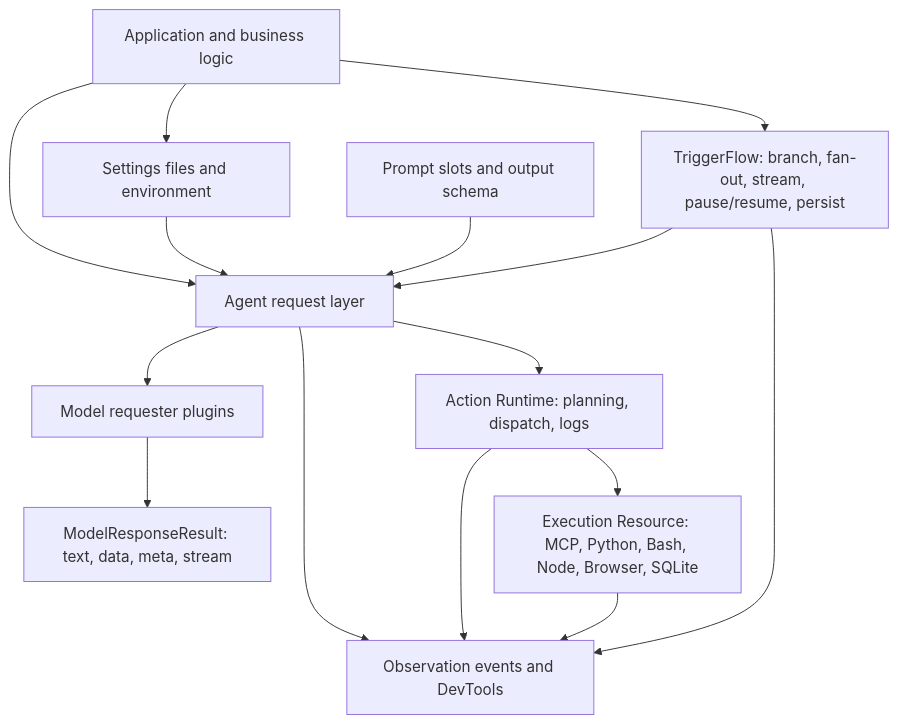
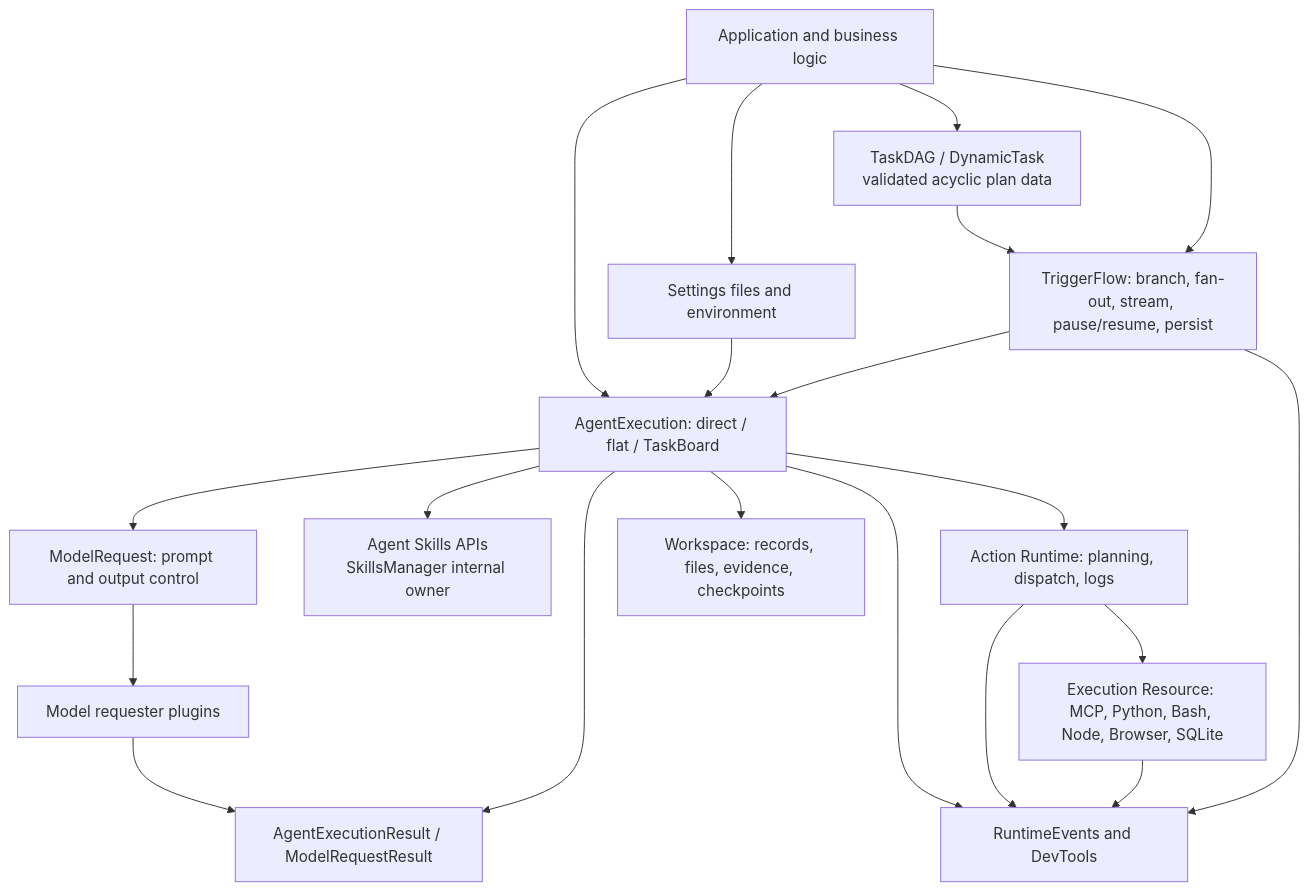
The first of 2 diagrams in README.md (reconsumeralization/Agently), drawn with Mermaid before and after one commit. The commit also changed other lines of this file and 1 other file, not shown here.

````diff
--- a/README.md
+++ b/README.md
@@ -480,28 +532,36 @@
 ```mermaid
 graph TB
     App["Application and business logic"]
     Settings["Settings files and environment"]
-    Prompt["Prompt slots and output schema"]
-    Agent["Agent request layer"]
+    Execution["AgentExecution: direct / flat / TaskBoard"]
+    Request["ModelRequest: prompt and output control"]
     Model["Model requester plugins"]
-    Result["ModelResponseResult: text, data, meta, stream"]
+    Result["AgentExecutionResult / ModelRequestResult"]
+    Skills["Agent Skills APIs\nSkillsManager internal owner"]
     Action["Action Runtime: planning, dispatch, logs"]
     Env["Execution Resource: MCP, Python, Bash, Node, Browser, SQLite"]
+    Workspace["Workspace: records, files, evidence, checkpoints"]
+    DAG["TaskDAG / DynamicTask\nvalidated acyclic plan data"]
     Flow["TriggerFlow: branch, fan-out, stream, pause/resume, persist"]
-    Observe["Observation events and DevTools"]
+    Observe["RuntimeEvents and DevTools"]
 
     App --> Settings
-    App --> Agent
-    Settings --> Agent
-    Prompt --> Agent
-    Agent --> Model
+    App --> Execution
+    Settings --> Execution
+    Execution --> Request
+    Request --> Model
     Model --> Result
-    Agent --> Action
+    Execution --> Result
+    Execution --> Skills
+    Execution --> Action
+    Execution --> Workspace
     Action --> Env
+    App --> DAG
+    DAG --> Flow
     App --> Flow
-    Flow --> Agent
-    Agent --> Observe
+    Flow --> Execution
+    Execution --> Observe
     Action --> Observe
     Env --> Observe
     Flow --> Observe
 ```
````
